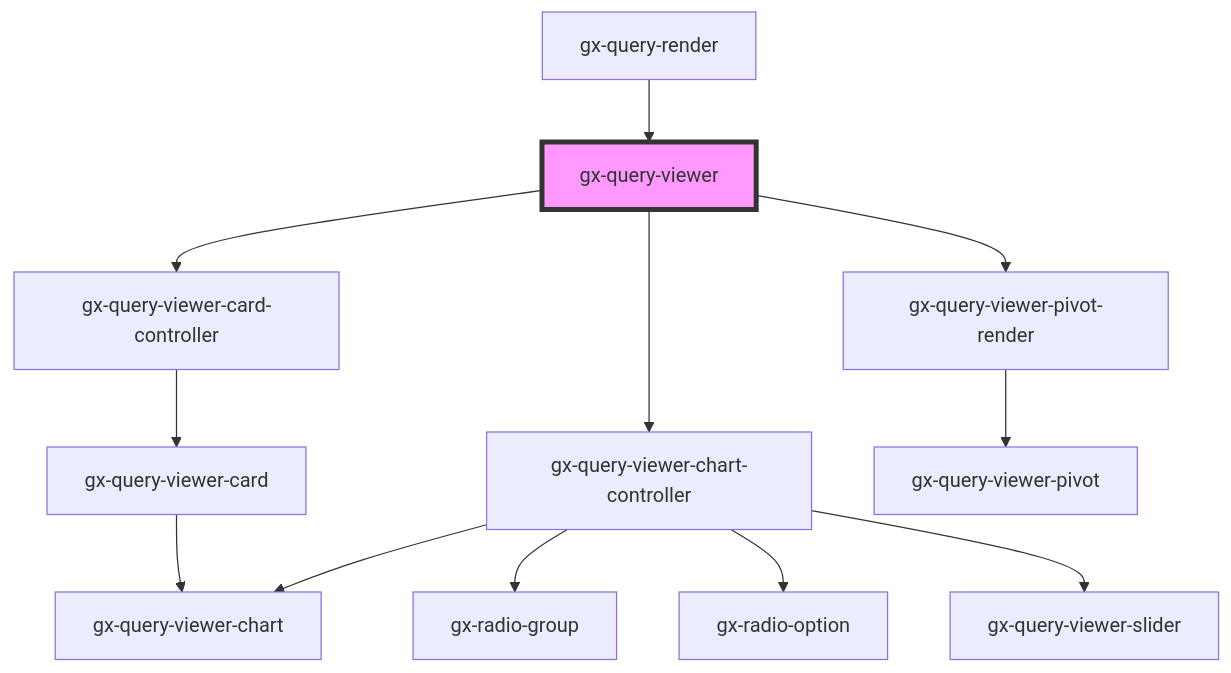
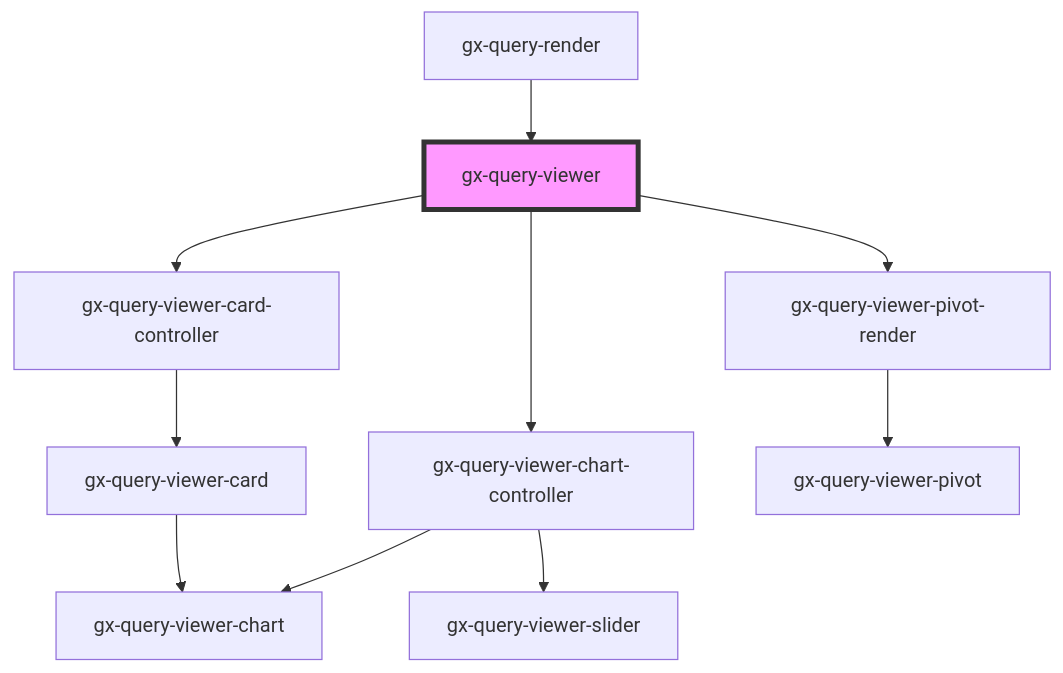
One commit to genexuslabs/reporting-controls-library changed the diagram in src/components/query-viewer/readme.md. Above: the diagram before and after it, drawn with Mermaid. The commit also changed 10 other files, not shown here.

````diff
--- a/src/components/query-viewer/readme.md
+++ b/src/components/query-viewer/readme.md
@@ -116,15 +116,13 @@
 ```mermaid
 graph TD;
   gx-query-viewer --> gx-query-viewer-card-controller
   gx-query-viewer --> gx-query-viewer-chart-controller
   gx-query-viewer --> gx-query-viewer-pivot-render
   gx-query-viewer-card-controller --> gx-query-viewer-card
   gx-query-viewer-card --> gx-query-viewer-chart
-  gx-query-viewer-chart-controller --> gx-radio-group
-  gx-query-viewer-chart-controller --> gx-radio-option
   gx-query-viewer-chart-controller --> gx-query-viewer-chart
   gx-query-viewer-chart-controller --> gx-query-viewer-slider
   gx-query-viewer-pivot-render --> gx-query-viewer-pivot
   gx-query-render --> gx-query-viewer
   style gx-query-viewer fill:#f9f,stroke:#333,stroke-width:4px
 ```
````
